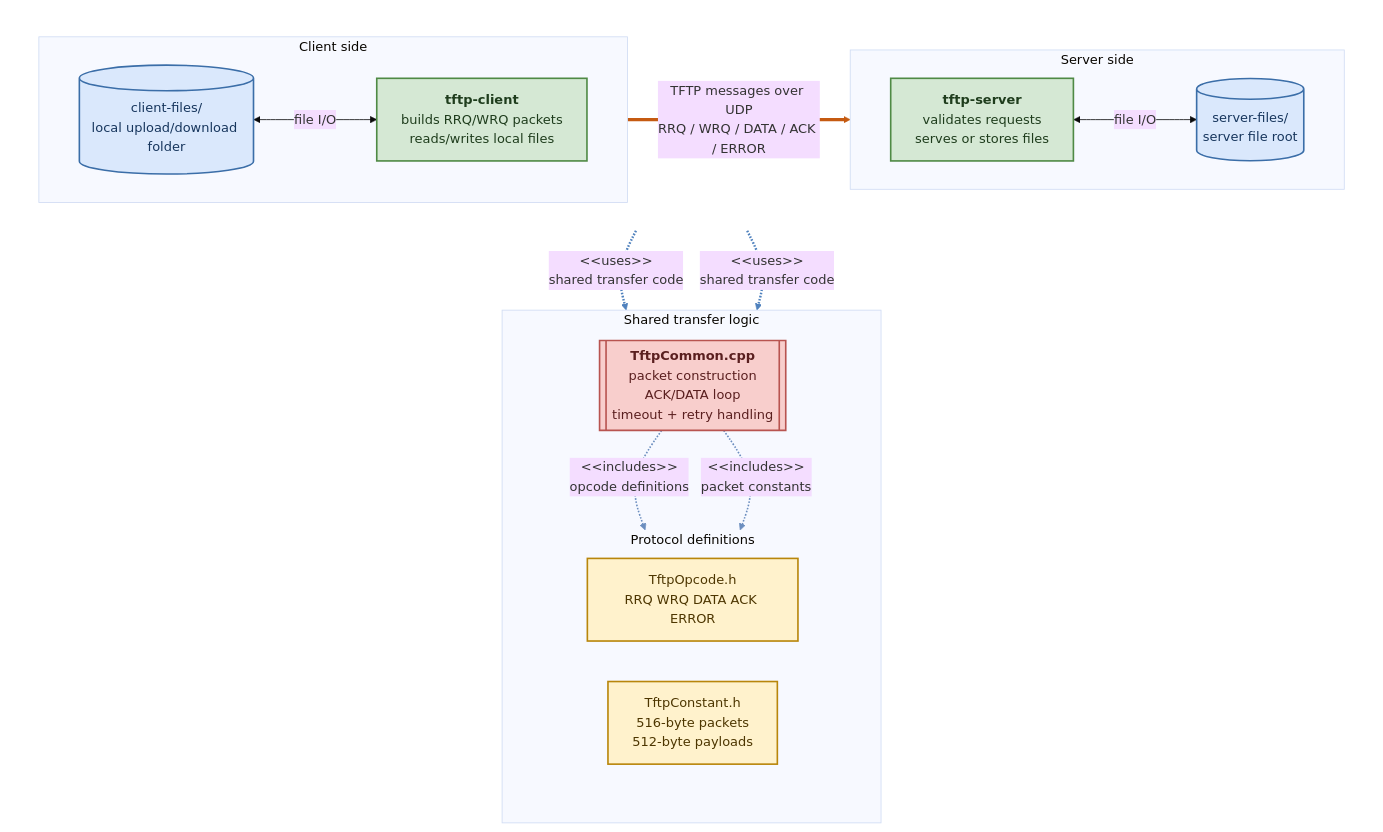
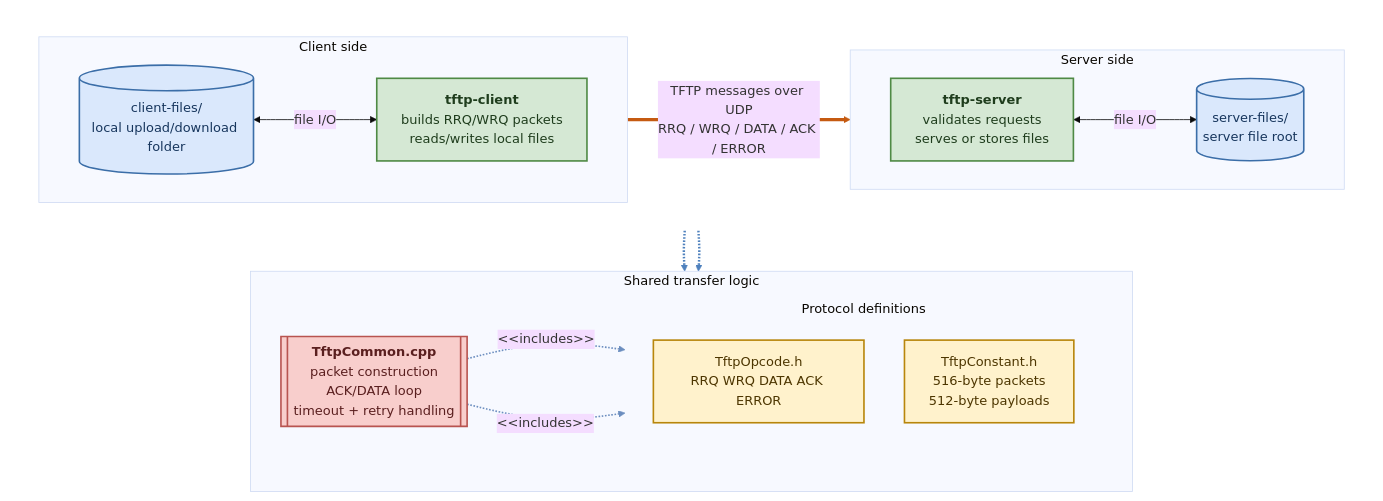
Before and after one commit to WNaderi/udp-file-transfer: the first of 3 diagrams in README.md, drawn with Mermaid (base theme).

Commit message:
Changing arch rendering to display correctly on repo page.

````diff
--- a/README.md
+++ b/README.md
@@ -23,51 +23,51 @@
 ```mermaid
 flowchart TB
     subgraph TopRow[" "]
         direction LR
         subgraph ClientSide["Client side"]
             direction LR
             ClientFiles[("client-files/<br/>local upload/download folder")]
             Client["<b>tftp-client</b><br/>builds RRQ/WRQ packets<br/>reads/writes local files"]
         end
 
         subgraph ServerSide["Server side"]
             direction LR
             Server["<b>tftp-server</b><br/>validates requests<br/>serves or stores files"]
             ServerFiles[("server-files/<br/>server file root")]
         end
     end
 
     subgraph SharedLogic["Shared transfer logic"]
-        direction TB
+        direction LR
         Common[["<b>TftpCommon.cpp</b><br/>packet construction<br/>ACK/DATA loop<br/>timeout + retry handling"]]
         subgraph ProtocolDefs["Protocol definitions"]
-            direction LR
+            direction TB
             Opcodes["TftpOpcode.h<br/>RRQ WRQ DATA ACK ERROR"]
             Constants["TftpConstant.h<br/>516-byte packets<br/>512-byte payloads"]
         end
     end
 
     ClientFiles <-->|file I/O| Client
     Server <-->|file I/O| ServerFiles
     Client ==>|"TFTP messages over UDP<br/>RRQ / WRQ / DATA / ACK / ERROR"| Server
-    Client -.->|&lt;&lt;uses&gt;&gt;<br/>shared transfer code| Common
-    Server -.->|&lt;&lt;uses&gt;&gt;<br/>shared transfer code| Common
-    Common -.->|&lt;&lt;includes&gt;&gt;<br/>opcode definitions| Opcodes
-    Common -.->|&lt;&lt;includes&gt;&gt;<br/>packet constants| Constants
+    Client -.-> Common
+    Server -.-> Common
+    Common -.->|&lt;&lt;includes&gt;&gt;| Opcodes
+    Common -.->|&lt;&lt;includes&gt;&gt;| Constants
 
     classDef storage fill:#dae8fc,stroke:#3b6ea8,stroke-width:2px,color:#17365d;
     classDef executable fill:#d5e8d4,stroke:#4f8a45,stroke-width:2px,color:#1f3d1d;
     classDef shared fill:#f8cecc,stroke:#b85450,stroke-width:2px,color:#5a1f1f;
     classDef config fill:#fff2cc,stroke:#b8860b,stroke-width:2px,color:#4d3600;
 
     class ClientFiles,ServerFiles storage;
     class Client,Server executable;
     class Common shared;
     class Opcodes,Constants config;
 
     style TopRow fill:transparent,stroke:transparent;
     style ProtocolDefs fill:transparent,stroke:transparent;
     linkStyle 2 stroke:#c55a11,stroke-width:4px;
     linkStyle 3,4 stroke:#4f81bd,stroke-width:3px;
     linkStyle 5,6 stroke:#6c8ebf,stroke-width:2px;
 ```
````
